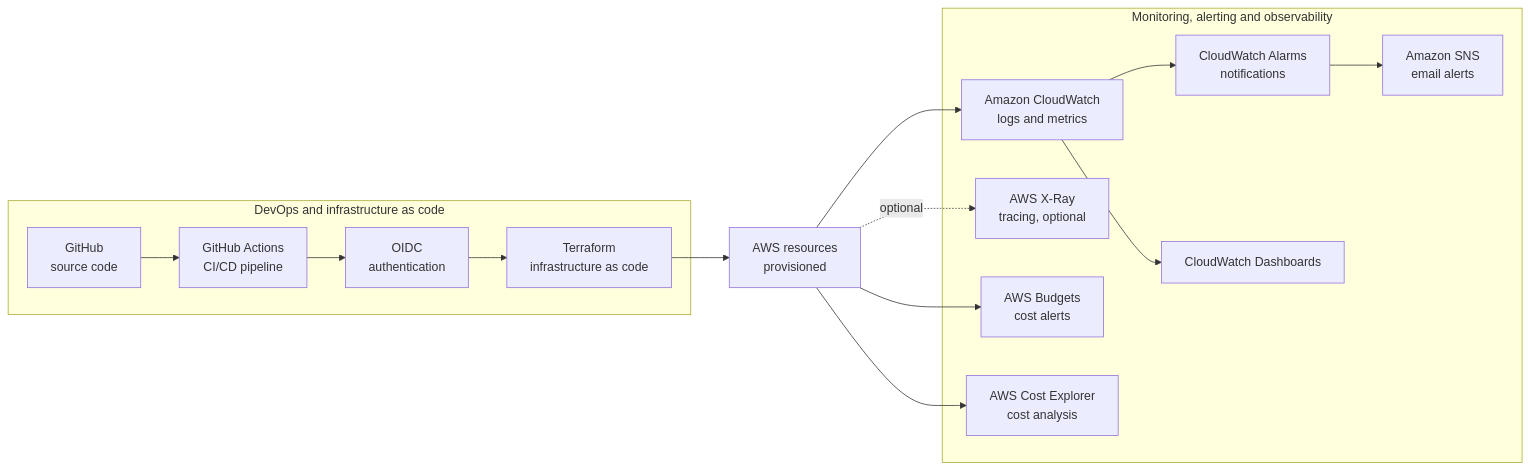
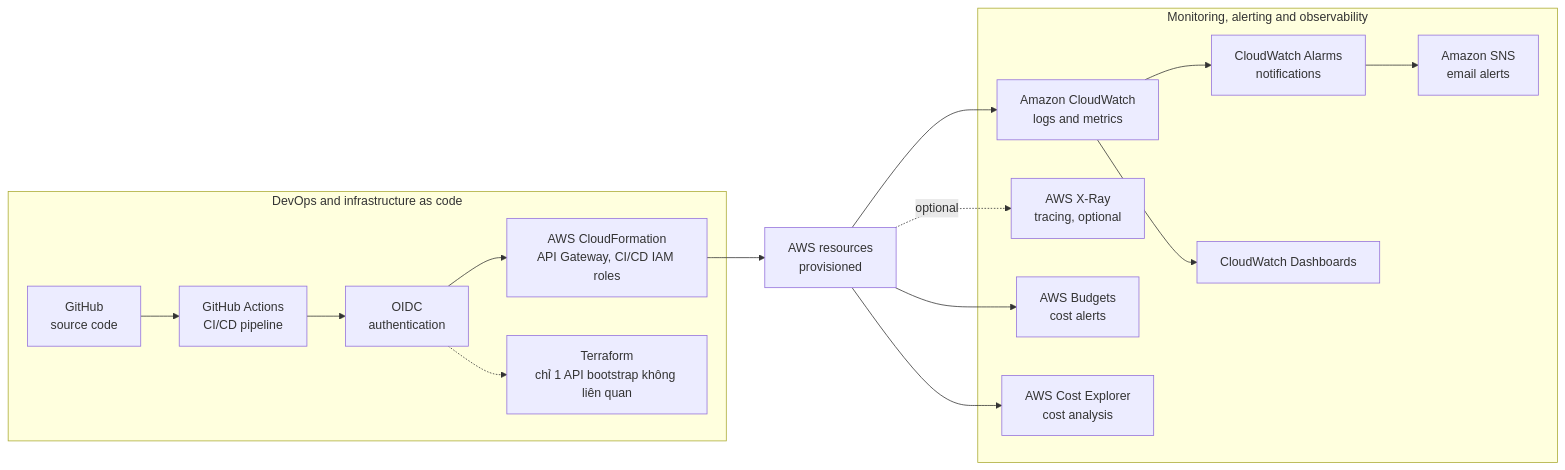
The diagram in content/5-Workshop/5.2-Architecture-Description/5.2.2-Architecture-Diagram/_index.vi.md (trmizy/FCAJ_Project_Personal), drawn with Mermaid before and after one commit. The commit also changed other lines of this file and 4 other files, not shown here.

Commit message:
Replace the component diagram with the new architecture image

```diff
--- a/content/5-Workshop/5.2-Architecture-Description/5.2.2-Architecture-Diagram/_index.vi.md
+++ b/content/5-Workshop/5.2-Architecture-Description/5.2.2-Architecture-Diagram/_index.vi.md
@@ -99,33 +23,35 @@
 {{< mermaid >}}
 graph LR
     subgraph DevOps ["DevOps and infrastructure as code"]
         GH["GitHub<br/>source code"]
         GA["GitHub Actions<br/>CI/CD pipeline"]
         OIDC["OIDC<br/>authentication"]
-        TF["Terraform<br/>infrastructure as code"]
+        CFN["AWS CloudFormation<br/>API Gateway, CI/CD IAM roles"]
+        TF["Terraform<br/>chỉ 1 API bootstrap không liên quan"]
     end
     AWSR["AWS resources<br/>provisioned"]
 
     GH --> GA
     GA --> OIDC
-    OIDC --> TF
-    TF --> AWSR
+    OIDC --> CFN
+    CFN --> AWSR
+    OIDC -.-> TF
 
     subgraph Monitoring ["Monitoring, alerting and observability"]
         CW2["Amazon CloudWatch<br/>logs and metrics"]
         AL["CloudWatch Alarms<br/>notifications"]
         SNS1["Amazon SNS<br/>email alerts"]
         DASH["CloudWatch Dashboards"]
         XR["AWS X-Ray<br/>tracing, optional"]
         BUD["AWS Budgets<br/>cost alerts"]
         CE["AWS Cost Explorer<br/>cost analysis"]
     end
 
     AWSR --> CW2
     CW2 --> AL
     AL --> SNS1
     CW2 --> DASH
     AWSR -. optional .-> XR
     AWSR --> BUD
     AWSR --> CE
 {{< /mermaid >}}
```
